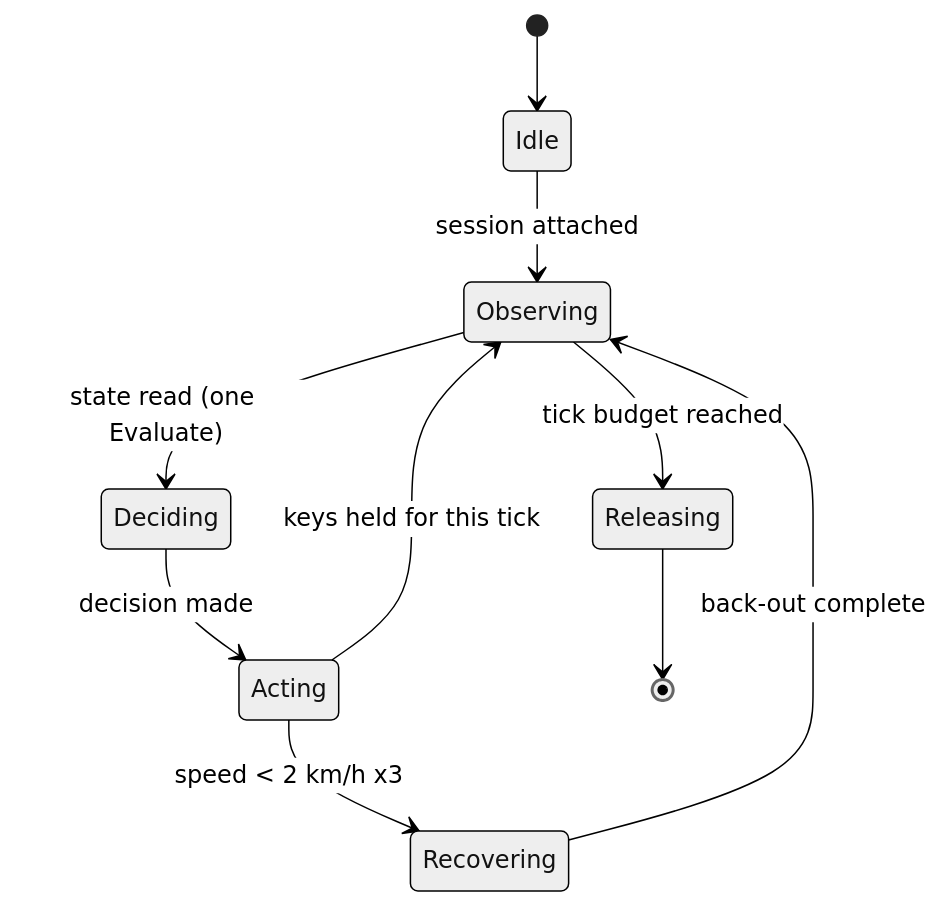
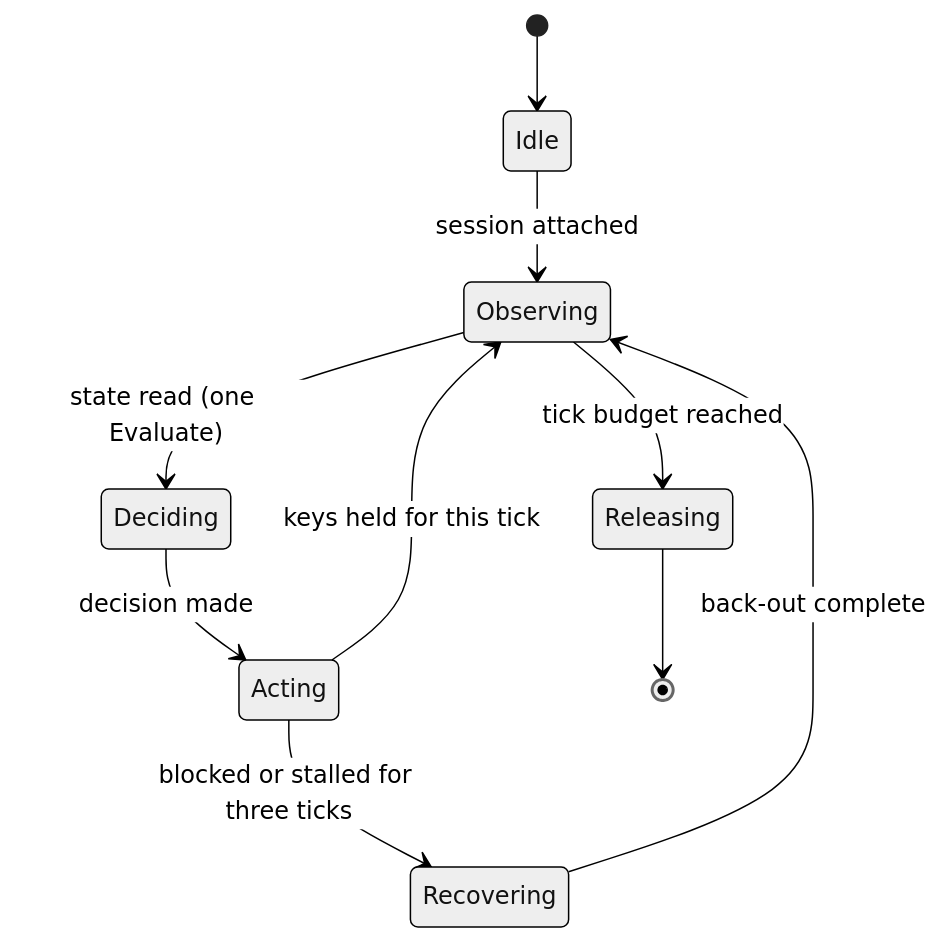
The first of 3 diagrams in Documentation/StateCharts.md (MergedBeastAgito/NFSU2-Use), drawn with Mermaid (neutral theme) before and after one commit. The commit also changed other lines of this file and 6 other files, not shown here.

````diff
--- a/Documentation/StateCharts.md
+++ b/Documentation/StateCharts.md
@@ -10,12 +10,12 @@
 ```mermaid
 stateDiagram-v2
     [*] --> Idle
     Idle --> Observing: session attached
     Observing --> Deciding: state read (one Evaluate)
     Deciding --> Acting: decision made
     Acting --> Observing: keys held for this tick
-    Acting --> Recovering: speed < 2 km/h x3
+    Acting --> Recovering: blocked or stalled for three ticks
     Recovering --> Observing: back-out complete
     Observing --> Releasing: tick budget reached
     Releasing --> [*]
 ```
````
